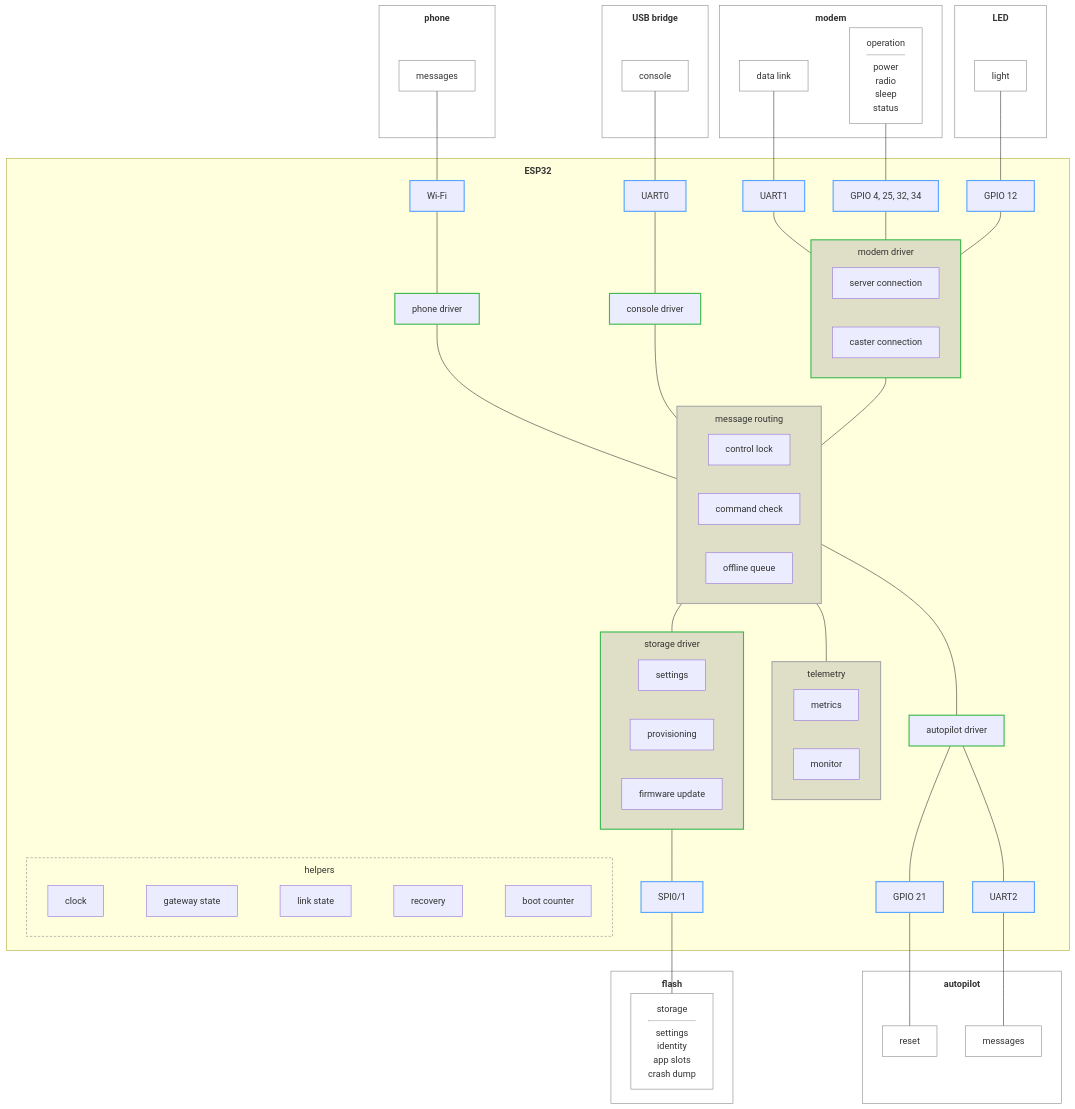
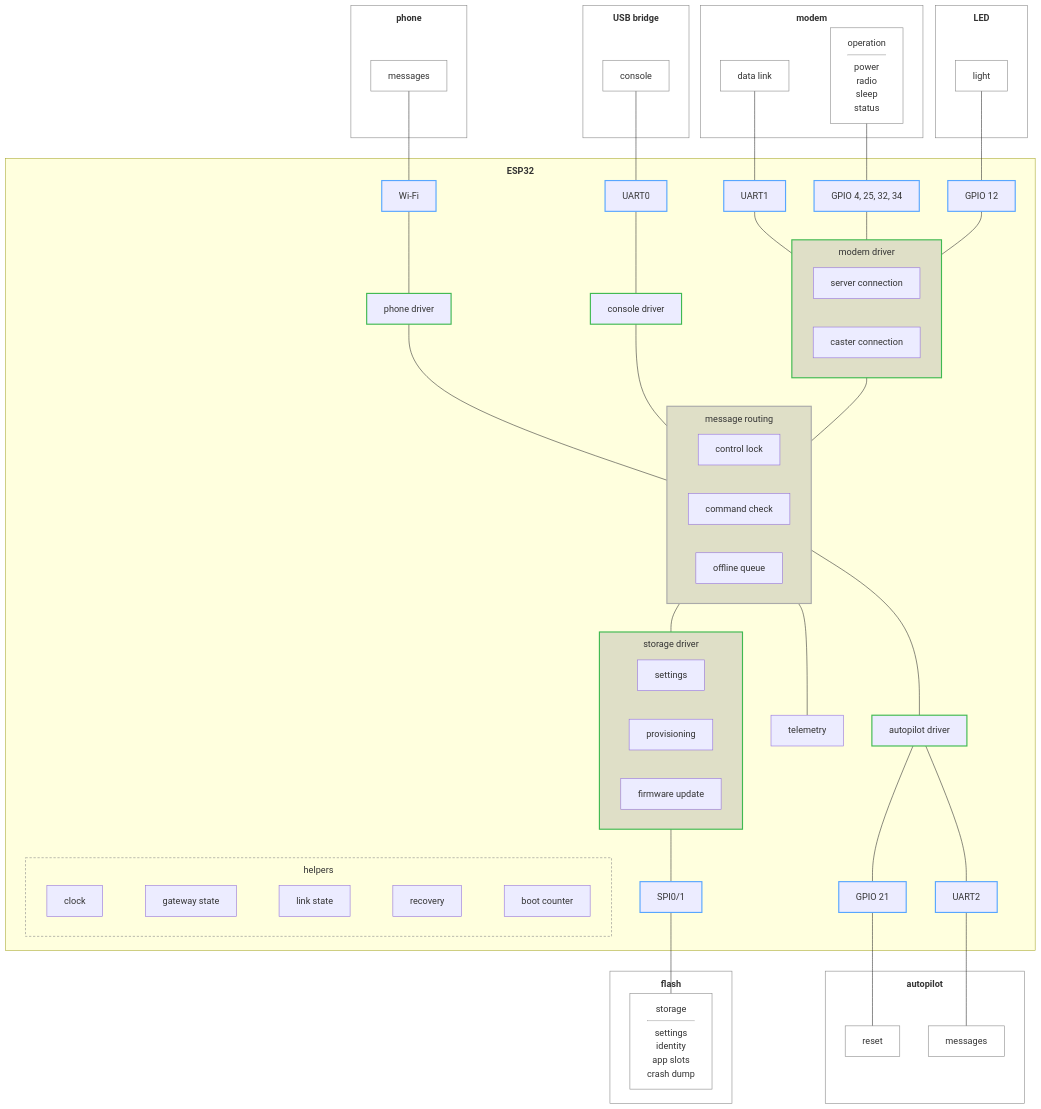
Before and after one commit to rmx-lt/rmx-mower-gateway: the diagram in .esp-architecture/diagrams/block-draft.md, drawn with Mermaid.

Commit message:
Draft: telemetry as one block

```diff
--- a/.esp-architecture/diagrams/block-draft.md
+++ b/.esp-architecture/diagrams/block-draft.md
@@ -42,10 +42,7 @@
       chk["command check"]
       q["offline queue"]
     end
-    subgraph tel["telemetry"]
-      met["metrics"]
-      mon["monitor"]
-    end
+    tel["telemetry"]
     subgraph help["helpers"]
       clk["clock"]
       state["gateway state"]
@@ -91,7 +88,7 @@
   classDef helpers fill:none,stroke:#888,stroke-dasharray:4 3
   class help helpers
   classDef owner fill:#8884,stroke:#aaa,stroke-width:2px
-  class msg,tel owner
+  class msg owner
   classDef ownerdriver fill:#8884,stroke:#3fb950,stroke-width:2px
   class conn,fs ownerdriver
   classDef device fill:none,stroke:#888
```
